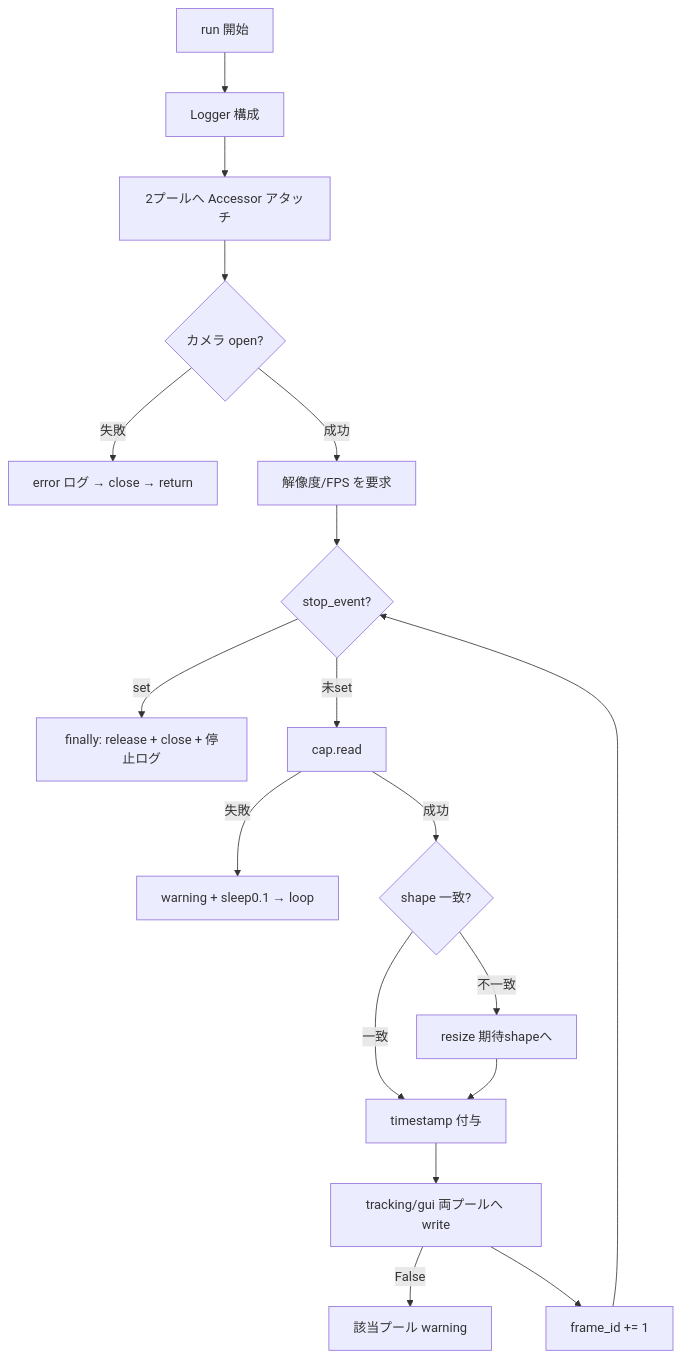
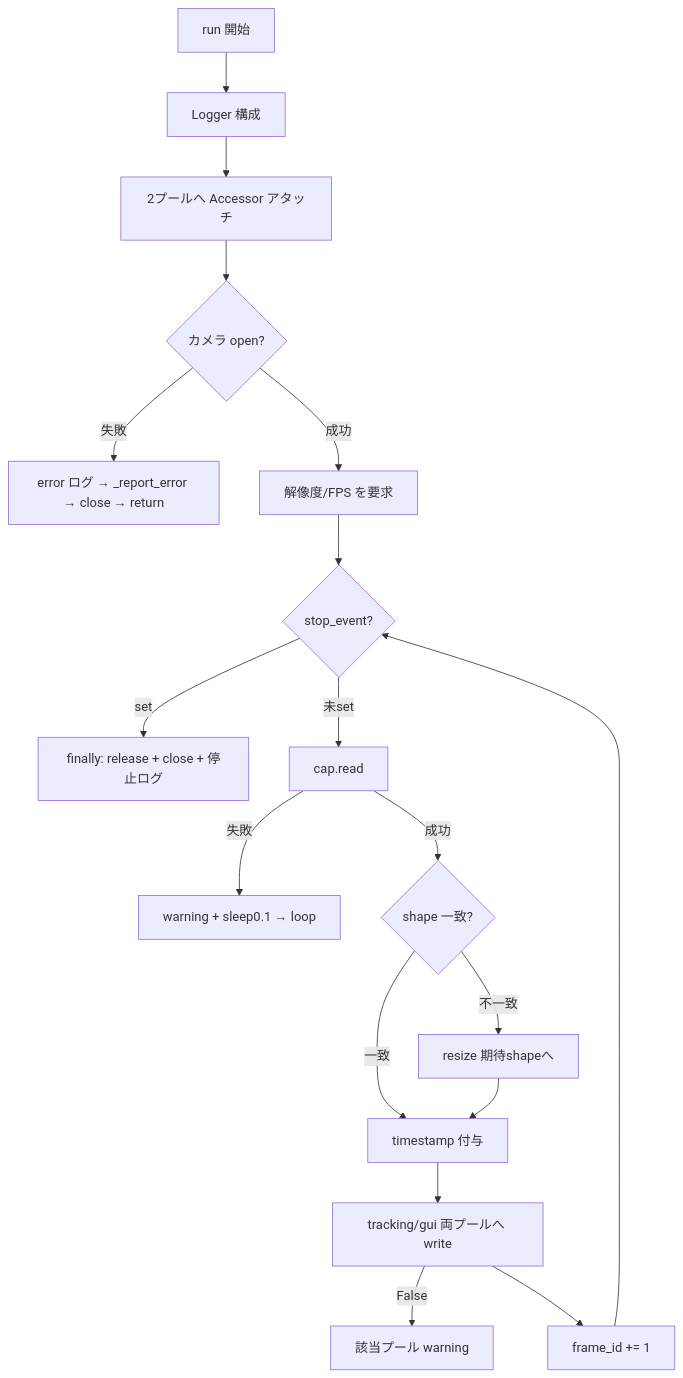
The diagram in docs/specs/camera-controller/design.md (NobuoTsukamoto/multiprocess-object-tracker), drawn with Mermaid before and after one commit. The commit also changed other lines of this file and 17 other files, not shown here.

````diff
--- a/docs/specs/camera-controller/design.md
+++ b/docs/specs/camera-controller/design.md
@@ -37,19 +39,19 @@
 ```mermaid
 flowchart TD
     S[run 開始] --> L[Logger 構成]
     L --> A[2プールへ Accessor アタッチ]
     A --> O{カメラ open?}
-    O -->|失敗| E[error ログ → close → return]
+    O -->|失敗| E[error ログ → _report_error → close → return]
     O -->|成功| C[解像度/FPS を要求]
     C --> W{stop_event?}
     W -->|set| F[finally: release + close + 停止ログ]
     W -->|未set| R[cap.read]
     R -->|失敗| RW[warning + sleep0.1 → loop]
     R -->|成功| SZ{shape 一致?}
     SZ -->|不一致| RS[resize 期待shapeへ]
     SZ -->|一致| TS[timestamp 付与]
     RS --> TS
     TS --> WR[tracking/gui 両プールへ write]
     WR -->|False| DW[該当プール warning]
     WR --> ID[frame_id += 1] --> W
 ```
````
